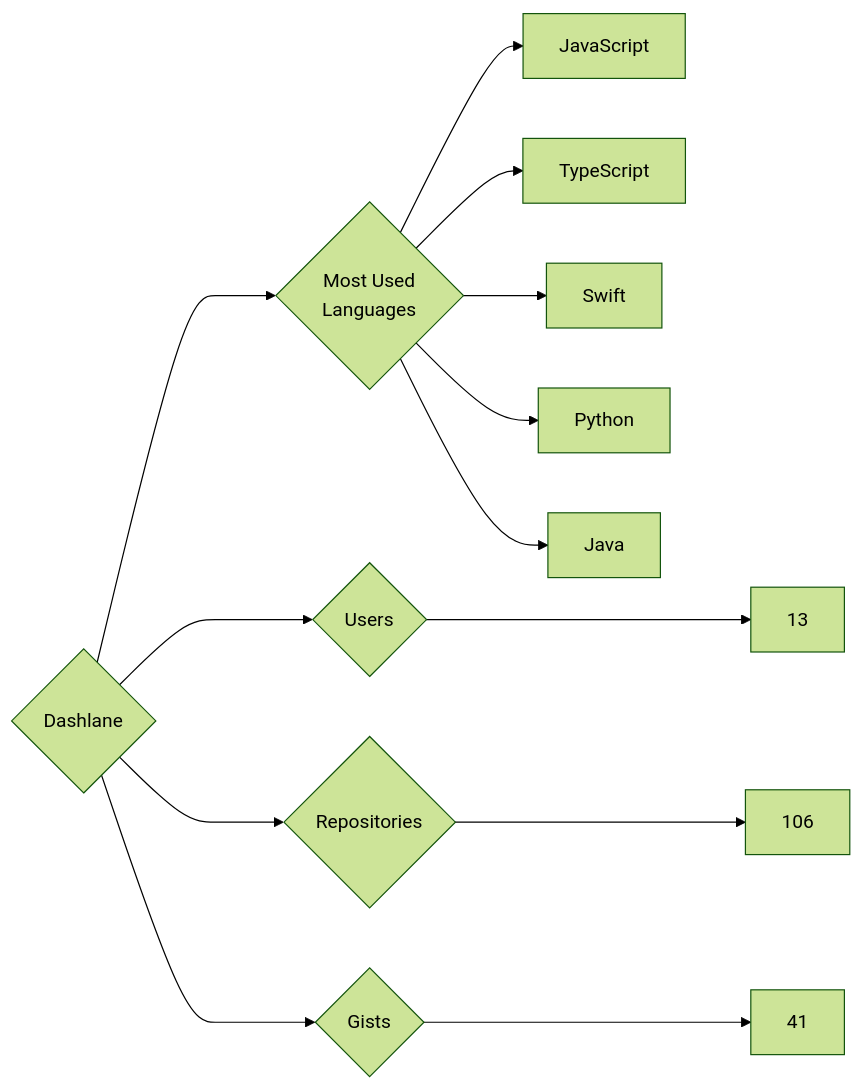
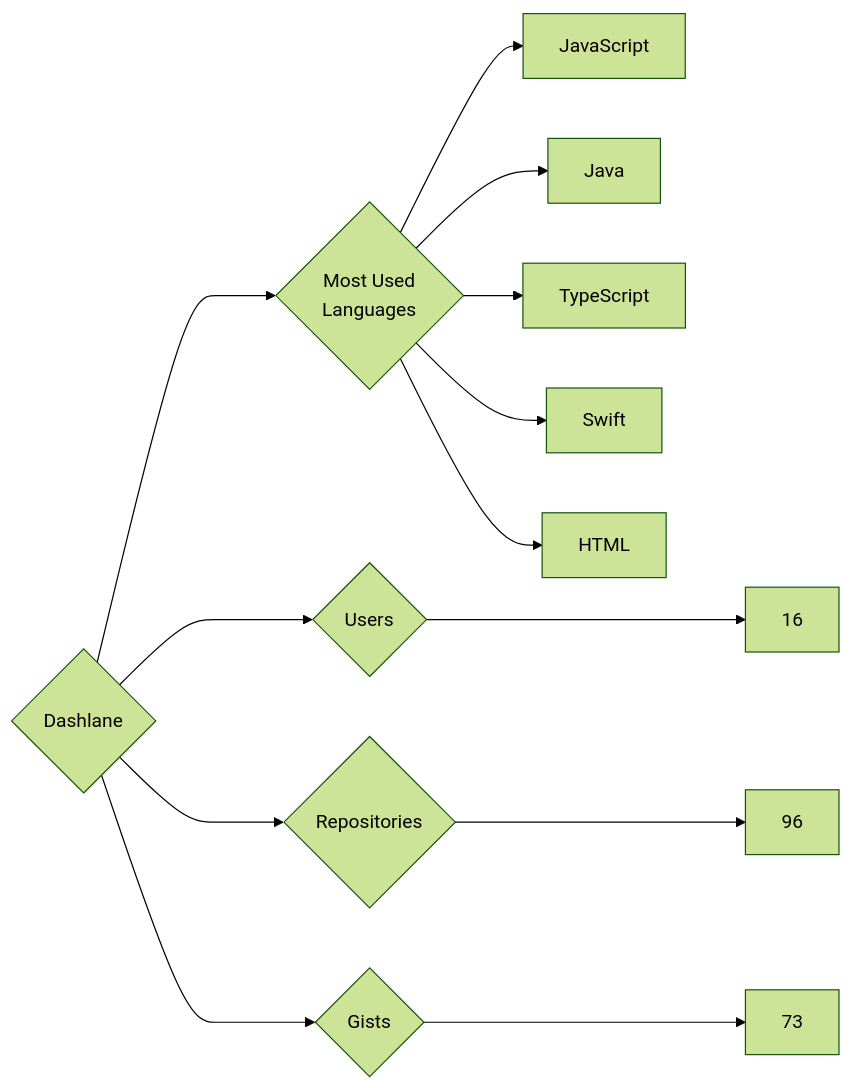
One commit to trickest/insiders changed the diagram in targets/Dashlane/README.md. Above: the diagram before and after it, drawn with Mermaid (forest theme). The commit also changed 718 other files, not shown here.

````diff
--- a/targets/Dashlane/README.md
+++ b/targets/Dashlane/README.md
@@ -3,13 +3,13 @@
 ```mermaid
 graph LR
 COMPANY_NAME{Dashlane}
-COMPANY_NAME ---> U{Users} ---> UN[13]
-COMPANY_NAME ---> R{Repositories} ---> RN[106]
-COMPANY_NAME ---> G{Gists} ---> GN[41]
+COMPANY_NAME ---> U{Users} ---> UN[16]
+COMPANY_NAME ---> R{Repositories} ---> RN[96]
+COMPANY_NAME ---> G{Gists} ---> GN[73]
 COMPANY_NAME ---> ML{Most Used<br>Languages}
 ML --> JavaScript[JavaScript]
+ML --> Java[Java]
 ML --> TypeScript[TypeScript]
 ML --> Swift[Swift]
-ML --> Python[Python]
-ML --> Java[Java]
+ML --> HTML[HTML]
 ```
````
